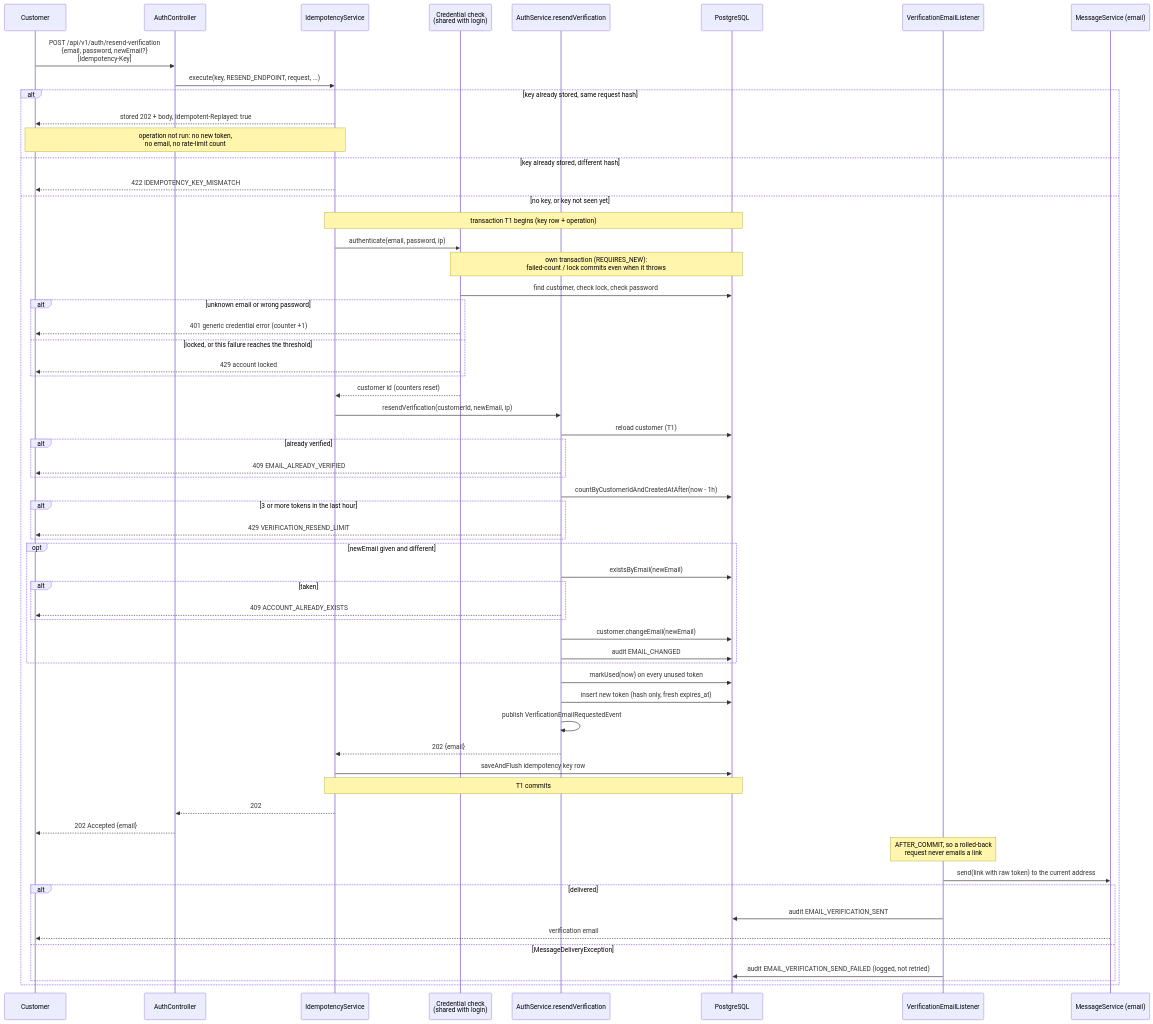
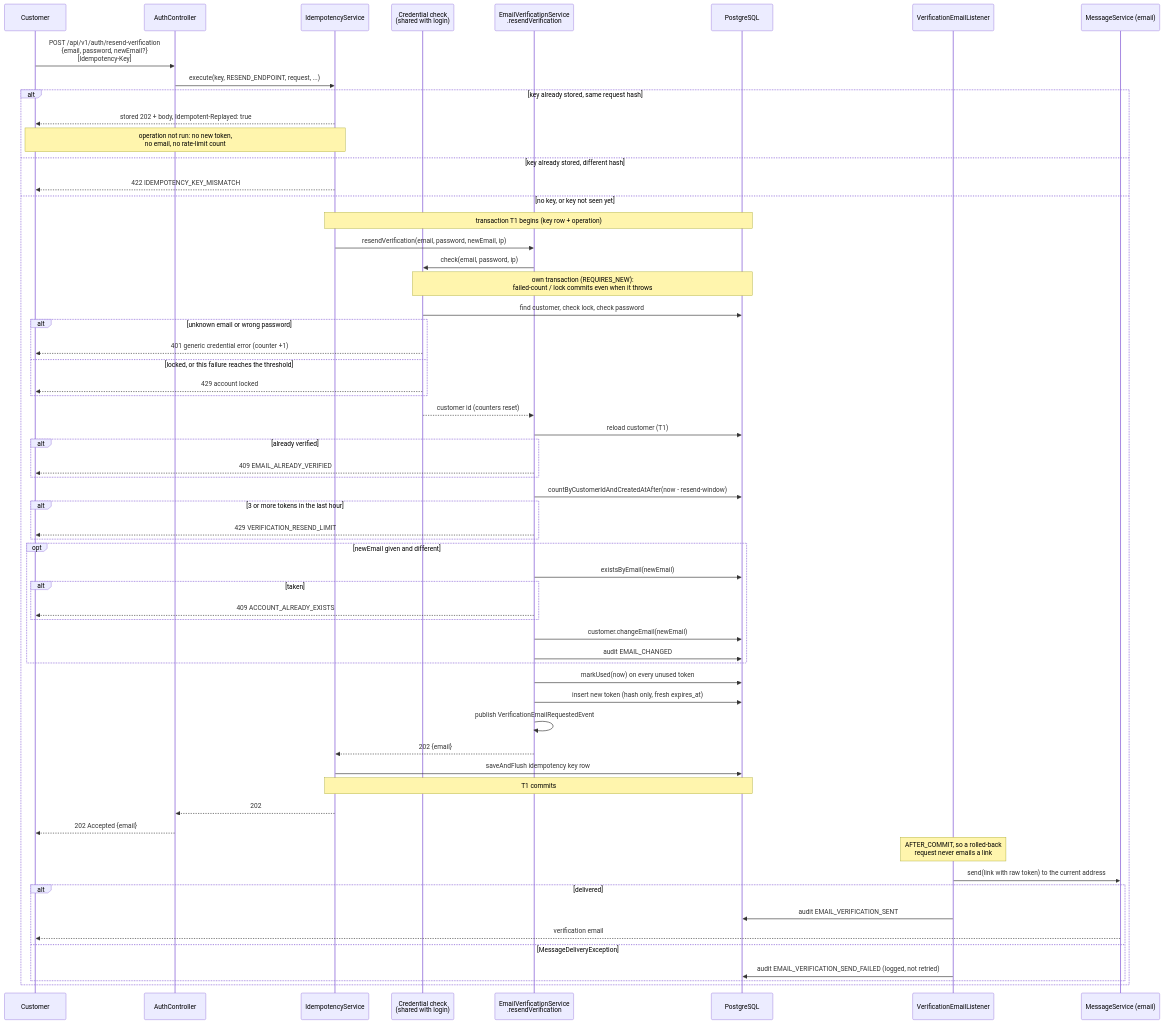
The first of 2 diagrams in design-docs/resend_verification_sequence.md (cptrobie/subscribe-master), drawn with Mermaid before and after one commit. The commit also changed other lines of this file and 9 other files, not shown here.

Commit message:
Add resend verification service logic and shared token issuing (FR-40)

````diff
--- a/design-docs/resend_verification_sequence.md
+++ b/design-docs/resend_verification_sequence.md
@@ -10,67 +10,67 @@
 ```mermaid
 sequenceDiagram
     participant C as Customer
     participant AC as AuthController
     participant IS as IdempotencyService
     participant CV as Credential check<br/>(shared with login)
-    participant AS as AuthService.resendVerification
+    participant AS as EmailVerificationService<br/>.resendVerification
     participant DB as PostgreSQL
     participant L as VerificationEmailListener
     participant M as MessageService (email)
 
     C->>AC: POST /api/v1/auth/resend-verification<br/>{email, password, newEmail?}<br/>[Idempotency-Key]
     AC->>IS: execute(key, RESEND_ENDPOINT, request, ...)
 
     alt key already stored, same request hash
         IS-->>C: stored 202 + body, Idempotent-Replayed: true
         Note over IS,C: operation not run: no new token,<br/>no email, no rate-limit count
     else key already stored, different hash
         IS-->>C: 422 IDEMPOTENCY_KEY_MISMATCH
     else no key, or key not seen yet
         Note over IS,DB: transaction T1 begins (key row + operation)
-        IS->>CV: authenticate(email, password, ip)
+        IS->>AS: resendVerification(email, password, newEmail, ip)
+        AS->>CV: check(email, password, ip)
         Note over CV,DB: own transaction (REQUIRES_NEW):<br/>failed-count / lock commits even when it throws
         CV->>DB: find customer, check lock, check password
         alt unknown email or wrong password
             CV-->>C: 401 generic credential error (counter +1)
         else locked, or this failure reaches the threshold
             CV-->>C: 429 account locked
         end
-        CV-->>IS: customer id (counters reset)
+        CV-->>AS: customer id (counters reset)
 
-        IS->>AS: resendVerification(customerId, newEmail, ip)
         AS->>DB: reload customer (T1)
         alt already verified
             AS-->>C: 409 EMAIL_ALREADY_VERIFIED
         end
-        AS->>DB: countByCustomerIdAndCreatedAtAfter(now - 1h)
+        AS->>DB: countByCustomerIdAndCreatedAtAfter(now - resend-window)
         alt 3 or more tokens in the last hour
             AS-->>C: 429 VERIFICATION_RESEND_LIMIT
         end
         opt newEmail given and different
             AS->>DB: existsByEmail(newEmail)
             alt taken
                 AS-->>C: 409 ACCOUNT_ALREADY_EXISTS
             end
             AS->>DB: customer.changeEmail(newEmail)
             AS->>DB: audit EMAIL_CHANGED
         end
         AS->>DB: markUsed(now) on every unused token
         AS->>DB: insert new token (hash only, fresh expires_at)
         AS->>AS: publish VerificationEmailRequestedEvent
         AS-->>IS: 202 {email}
         IS->>DB: saveAndFlush idempotency key row
         Note over IS,DB: T1 commits
         IS-->>AC: 202
         AC-->>C: 202 Accepted {email}
 
         Note over L: AFTER_COMMIT, so a rolled-back<br/>request never emails a link
         L->>M: send(link with raw token) to the current address
         alt delivered
             L->>DB: audit EMAIL_VERIFICATION_SENT
             M-->>C: verification email
         else MessageDeliveryException
             L->>DB: audit EMAIL_VERIFICATION_SEND_FAILED (logged, not retried)
         end
     end
 ```
````
